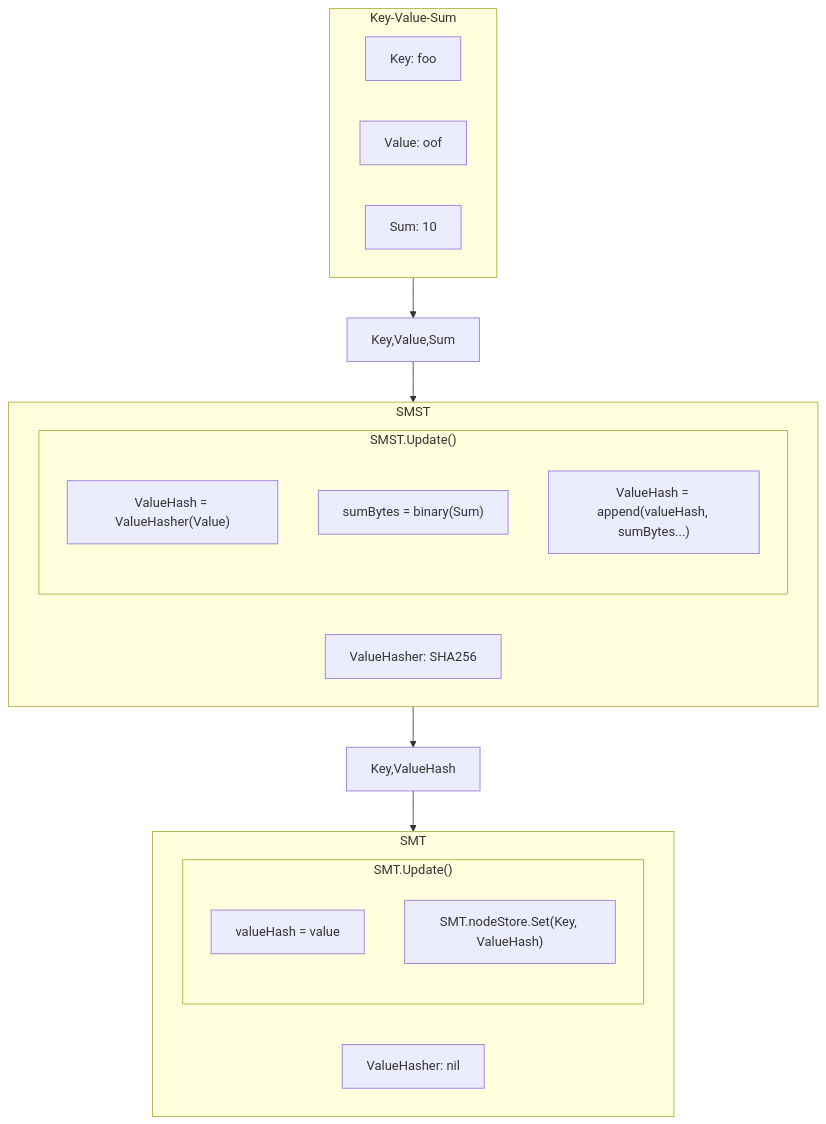
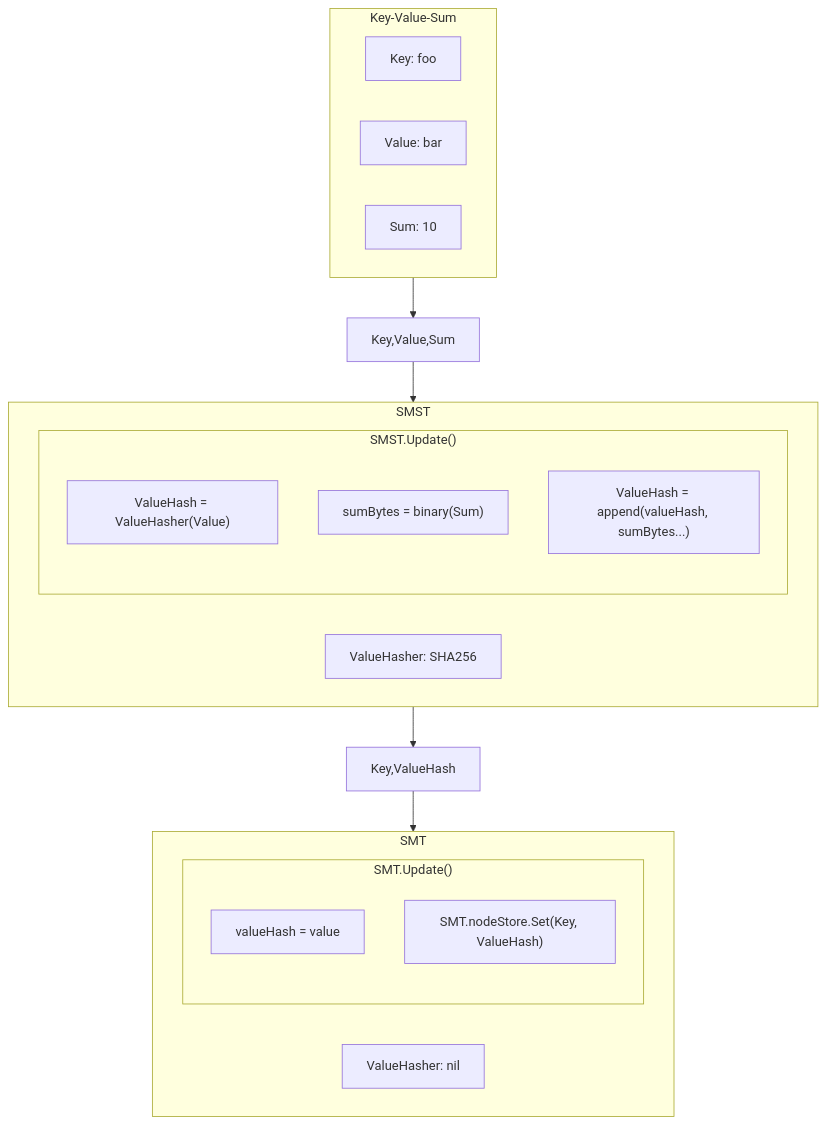
The first of 3 diagrams in MerkleSumTree.md (pokt-network/smt), drawn with Mermaid before and after one commit. The commit also changed other lines of this file, not shown here.

Commit message:
Fix diagram sum

````diff
--- a/MerkleSumTree.md
+++ b/MerkleSumTree.md
@@ -39,25 +39,25 @@
 ```mermaid
 graph TD
 	subgraph KVS[Key-Value-Sum]
 		K1["Key: foo"]
-		K2["Value: oof"]
+		K2["Value: bar"]
 		K3["Sum: 10"]
 	end
 	subgraph SMST[SMST]
 		SS1[ValueHasher: SHA256]
 		subgraph SUM["SMST.Update()"]
 			SU1["ValueHash = ValueHasher(Value)"]
 			SU2["sumBytes = binary(Sum)"]
 			SU3["ValueHash = append(valueHash, sumBytes...)"]
 		end
 	end
 	subgraph SMT[SMT]
 		SM1[ValueHasher: nil]
 		subgraph UPD["SMT.Update()"]
 			U1["valueHash = value"]
 			U2["SMT.nodeStore.Set(Key, ValueHash)"]
 		end
 	end
 	KVS -->Key,Value,Sum--> SMST
 	SMST -->Key,ValueHash--> SMT
 ```
````
